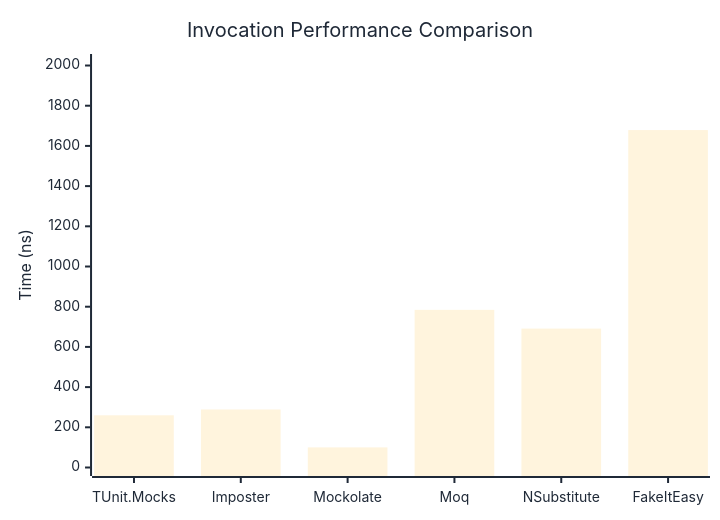
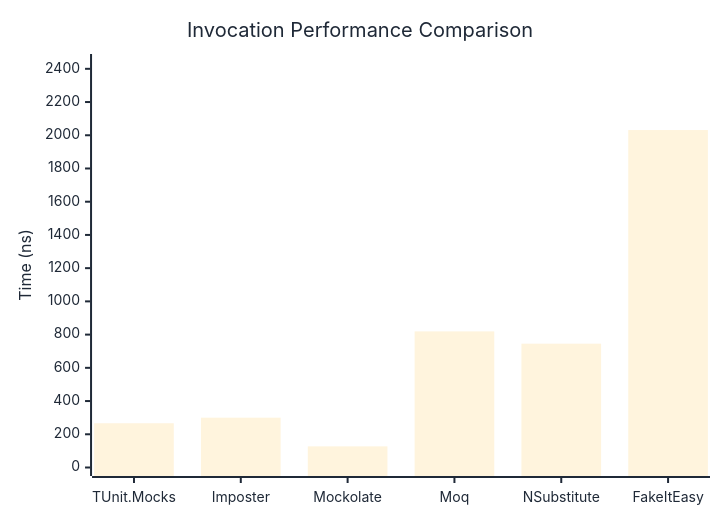
One commit to thomhurst/TUnit changed the first of 3 diagrams in docs/docs/benchmarks/mocks/Invocation.md. Above: the diagram before and after it, drawn with Mermaid. The commit also changed other lines of this file and 14 other files, not shown here.

````diff
--- a/docs/docs/benchmarks/mocks/Invocation.md
+++ b/docs/docs/benchmarks/mocks/Invocation.md
@@ -28,27 +28,27 @@
 ```mermaid
 %%{init: {
   'theme':'base',
   'themeVariables': {
     'primaryColor': '#2563eb',
     'primaryTextColor': '#1f2937',
     'primaryBorderColor': '#1e40af',
     'lineColor': '#6b7280',
     'secondaryColor': '#7c3aed',
     'tertiaryColor': '#dc2626',
     'background': '#ffffff',
     'pie1': '#2563eb',
     'pie2': '#7c3aed',
     'pie3': '#dc2626',
     'pie4': '#f59e0b',
     'pie5': '#10b981',
     'pie6': '#06b6d4',
     'pie7': '#ec4899',
     'pie8': '#6366f1'
   }
 }}%%
 xychart-beta
   title "Invocation Performance Comparison"
   x-axis ["TUnit.Mocks", "Imposter", "Mockolate", "Moq", "NSubstitute", "FakeItEasy"]
-  y-axis "Time (ns)" 0 --> 2015
-  bar [259.66, 288.73, 100.04, 784.36, 691.11, 1678.74]
+  y-axis "Time (ns)" 0 --> 2438
+  bar [266.37, 299.92, 127.28, 819.4, 745.44, 2031.36]
 ```
````
